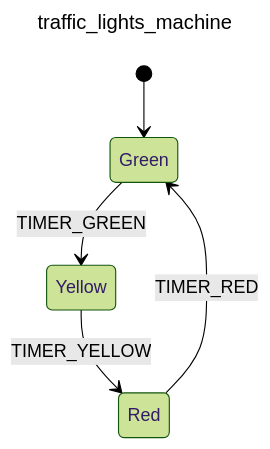
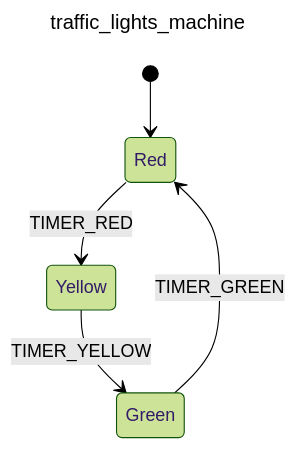
Before and after one commit to tarfin-labs/event-machine-deck: the diagram in slides/context-1.md, drawn with Mermaid (forest theme). The commit also changed 11 other files, not shown here.

````diff
--- a/slides/context-1.md
+++ b/slides/context-1.md
@@ -43,10 +43,10 @@
 ```mermaid {theme: 'neutral', scale: 0.75}
 ---
 title: traffic_lights_machine
 ---
 stateDiagram-v2
-    [*] --> Green
-    Green --> Yellow: TIMER_GREEN
-    Yellow --> Red: TIMER_YELLOW
-    Red --> Green: TIMER_RED
+    [*] --> Red
+    Red --> Yellow: TIMER_RED
+    Yellow --> Green: TIMER_YELLOW
+    Green --> Red: TIMER_GREEN
 ```
````
